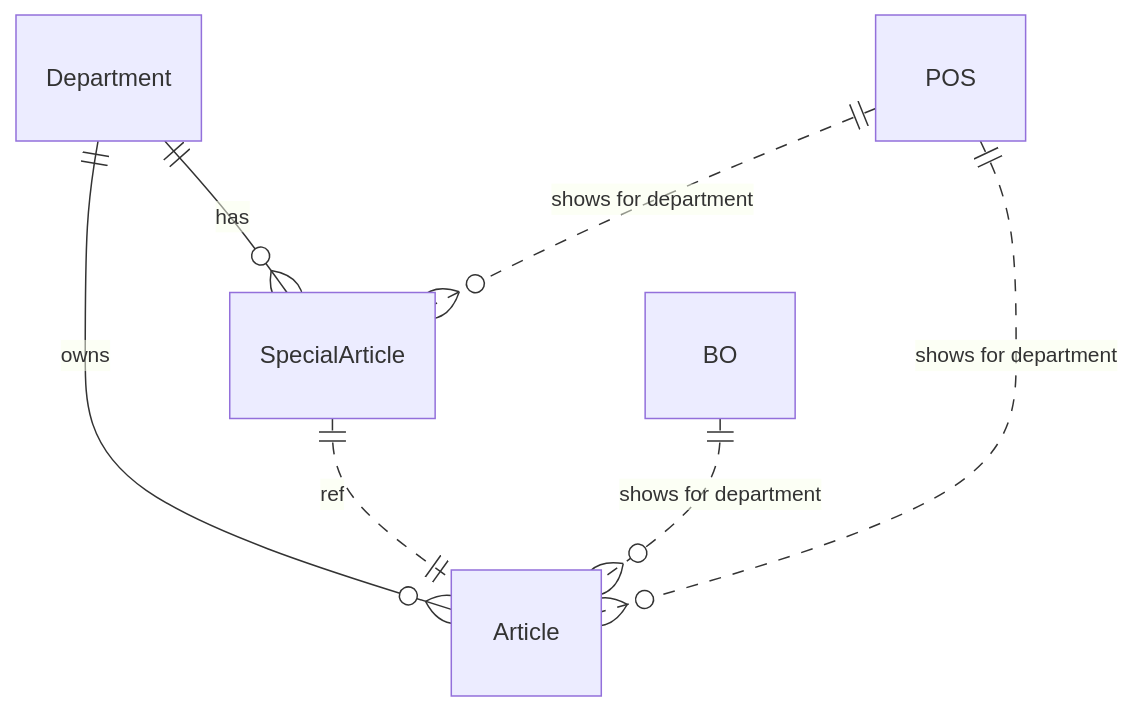
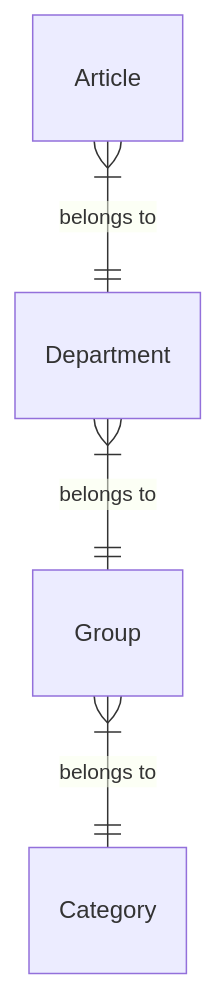
Before and after one commit to nkorsakov-tw/core: the diagram in products/README.md, drawn with Mermaid.

Commit message:
GITBOOK-243: change request with no subject merged in GitBook

````diff
--- a/products/README.md
+++ b/products/README.md
@@ -5,11 +5,6 @@
 ```mermaid  fullWidth="true"
 erDiagram
-    Department ||--o{ Article : owns
-    Department ||--o{ SpecialArticle : has
-    SpecialArticle ||..|| Article: ref
-    BO ||..o{ Article: "shows for department"
-    POS ||..o{ Article: "shows for department"
-    POS ||..o{ SpecialArticle: "shows for department"
-
-
+    Article |{--|| Department  : "belongs to"
+    Department |{--|| Group  : "belongs to"
+    Group |{--|| Category  : "belongs to"
 ```
````
